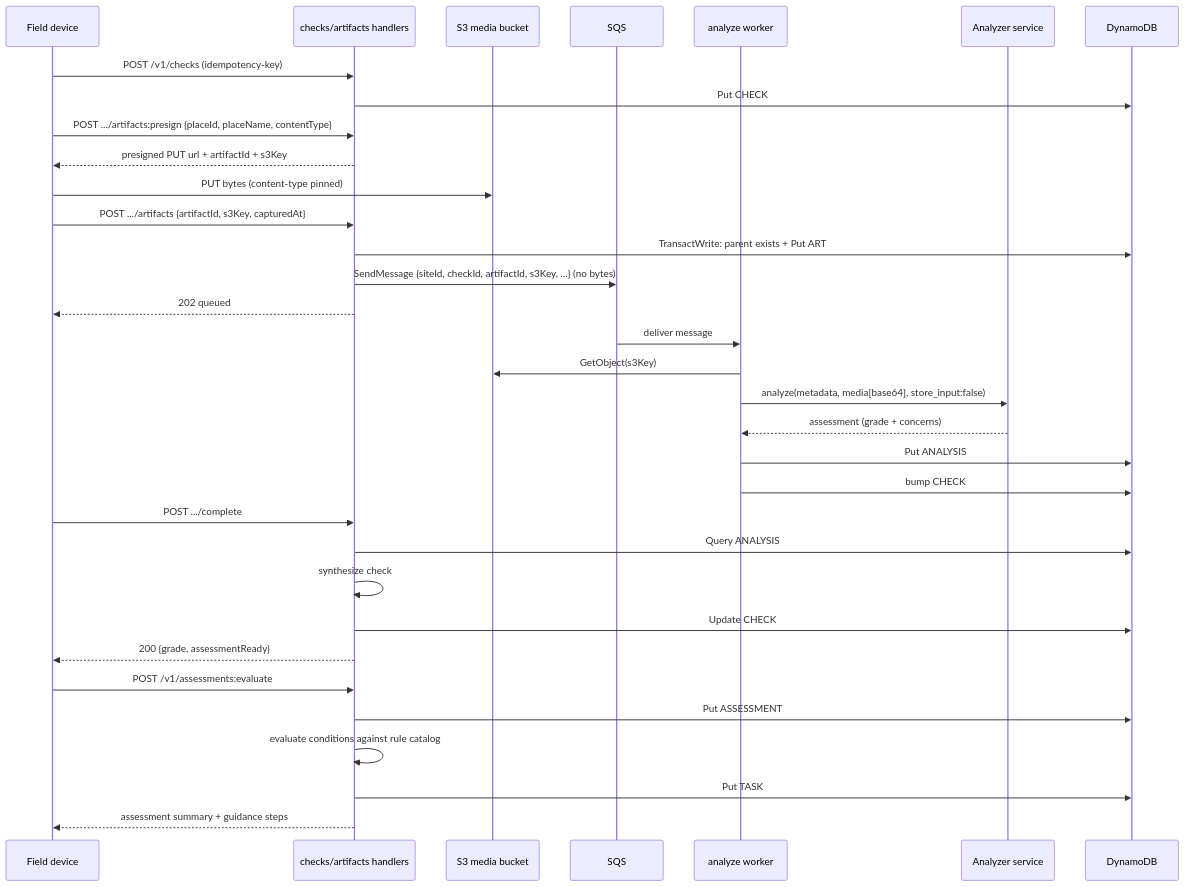
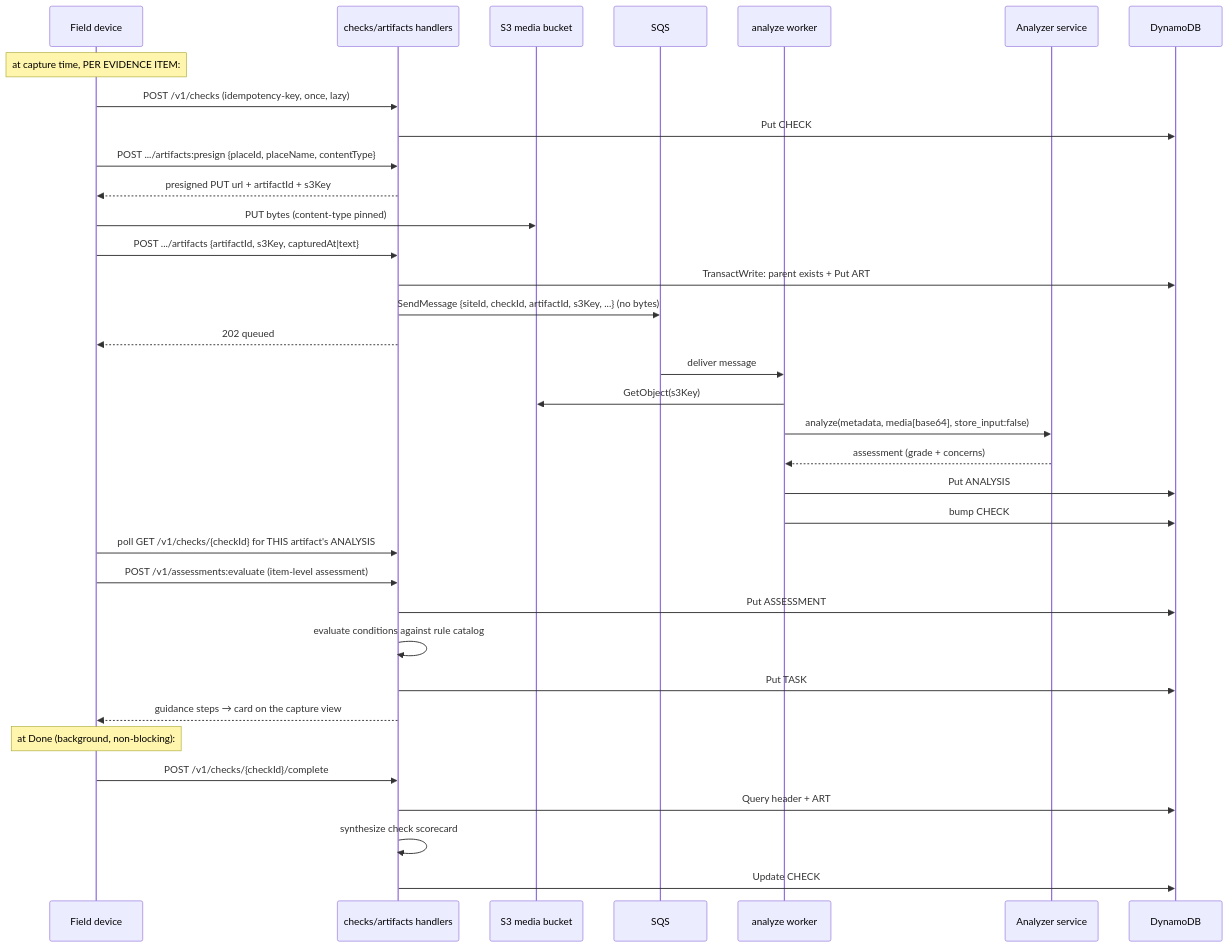
The second of 2 diagrams in docs/architecture.md (Mayor-s-Office-of-Innovation/good-neighbor-app), drawn with Mermaid before and after one commit. The commit also changed other lines of this file and 6 other files, not shown here.

````diff
--- a/docs/architecture.md
+++ b/docs/architecture.md
@@ -28,36 +36,39 @@
 ```mermaid
 sequenceDiagram
   participant Dev as Field device
   participant API as checks/artifacts handlers
   participant S3 as S3 media bucket
   participant Q as SQS
   participant W as analyze worker
   participant AZ as Analyzer service
   participant DB as DynamoDB
 
-  Dev->>API: POST /v1/checks (idempotency-key)
+  Note over Dev: at capture time, PER EVIDENCE ITEM:
+  Dev->>API: POST /v1/checks (idempotency-key, once, lazy)
   API->>DB: Put CHECK# header (conditional)
   Dev->>API: POST .../artifacts:presign {placeId, placeName, contentType}
   API-->>Dev: presigned PUT url + artifactId + s3Key
   Dev->>S3: PUT bytes (content-type pinned)
-  Dev->>API: POST .../artifacts {artifactId, s3Key, capturedAt}
+  Dev->>API: POST .../artifacts {artifactId, s3Key, capturedAt|text}
   API->>DB: TransactWrite: parent exists + Put ART# (conditional)
   API->>Q: SendMessage {siteId, checkId, artifactId, s3Key, ...} (no bytes)
   API-->>Dev: 202 queued
   Q->>W: deliver message
   W->>S3: GetObject(s3Key)
   W->>AZ: analyze(metadata, media[base64], store_input:false)
   AZ-->>W: assessment (grade + concerns)
   W->>DB: Put ANALYSIS# (conditional; idempotent on checkId#artifactId)
   W->>DB: bump CHECK# running counters (best-effort)
-  Dev->>API: POST .../complete
-  API->>DB: Query ANALYSIS# items
-  API->>API: synthesize check
-  API->>DB: Update CHECK# header (scorecard + assessmentReady)
-  API-->>Dev: 200 {grade, assessmentReady}
-  Dev->>API: POST /v1/assessments:evaluate
+  Dev->>API: poll GET /v1/checks/{checkId} for THIS artifact's ANALYSIS#
+  Dev->>API: POST /v1/assessments:evaluate (item-level assessment)
   API->>DB: Put ASSESSMENT# report + COND# items
   API->>API: evaluate conditions against rule catalog
   API->>DB: Put TASK# items (immediately resolvable ones)
-  API-->>Dev: assessment summary + guidance steps
+  API-->>Dev: guidance steps → card on the capture view
+
+  Note over Dev: at Done (background, non-blocking):
+  Dev->>API: POST /v1/checks/{checkId}/complete
+  API->>DB: Query header + ART# + ANALYSIS# (coverage gate)
+  API->>API: synthesize check scorecard
+  API->>DB: Update CHECK# header (scorecard + assessmentReady)
 ```
````
